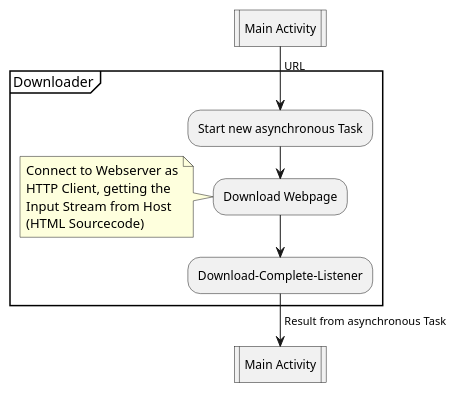
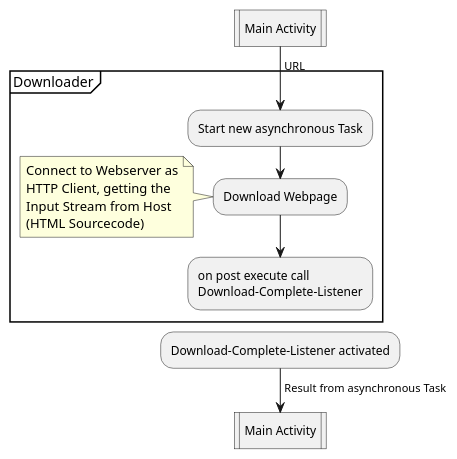
Before and after one commit to stege00/Raeucherofen: the diagram in 01_Bericht/PlantUML-Diagramme/Android_App/Downloader.wsd, drawn with PlantUML. The commit also changed 4 other files, not shown here.

Commit message:
Initial commit, Add new graphics for documentation

```diff
--- a/01_Bericht/PlantUML-Diagramme/Android_App/Downloader.wsd
+++ b/01_Bericht/PlantUML-Diagramme/Android_App/Downloader.wsd
@@ -1,20 +1,23 @@
 @startuml Downloader
 :Main Activity|
 
 partition Downloader {
     
     ->URL; 
     :Start new asynchronous Task;
     :Download Webpage;
     note left
         Connect to Webserver as
         HTTP Client, getting the
         Input Stream from Host
         (HTML Sourcecode)
     end note
-    :Download-Complete-Listener;
-    ->Result from asynchronous Task;
+    :on post execute call 
+    Download-Complete-Listener;
+    detach
 }
+:Download-Complete-Listener activated;
+->Result from asynchronous Task;
 :Main Activity|
 
 @enduml
```
